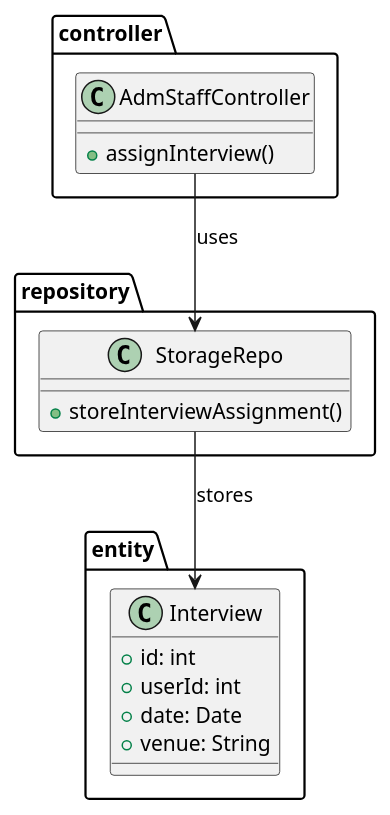
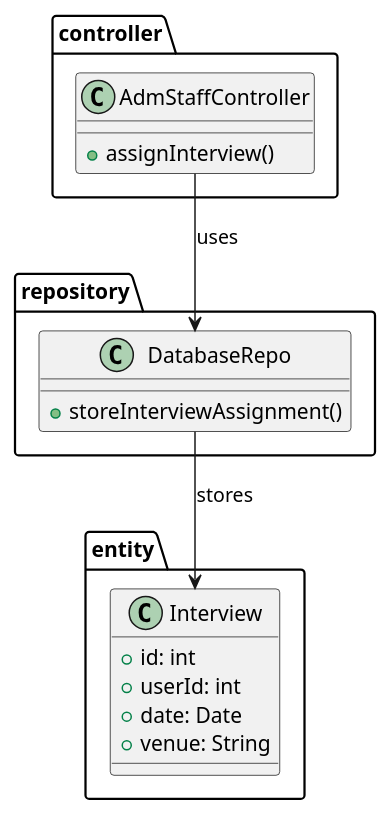
Before and after one commit to iamSlightlyWind/Legacy: the diagram in SWD392/class_diagrams/39_assign_interview.puml, drawn with PlantUML. The commit also changed 9 other files, not shown here.

```diff
--- a/SWD392/class_diagrams/39_assign_interview.puml
+++ b/SWD392/class_diagrams/39_assign_interview.puml
@@ -1,25 +1,25 @@
 @startuml
 package controller {
     class AdmStaffController {
         +assignInterview()
     }
 }
 
 package repository {
-    class StorageRepo {
+    class DatabaseRepo {
         +storeInterviewAssignment()
     }
 }
 
 package entity {
     class Interview {
         +id: int
         +userId: int
         +date: Date
         +venue: String
     }
 }
 
-AdmStaffController --> StorageRepo : uses
-StorageRepo --> Interview : stores
+AdmStaffController --> DatabaseRepo : uses
+DatabaseRepo --> Interview : stores
 @enduml
```
